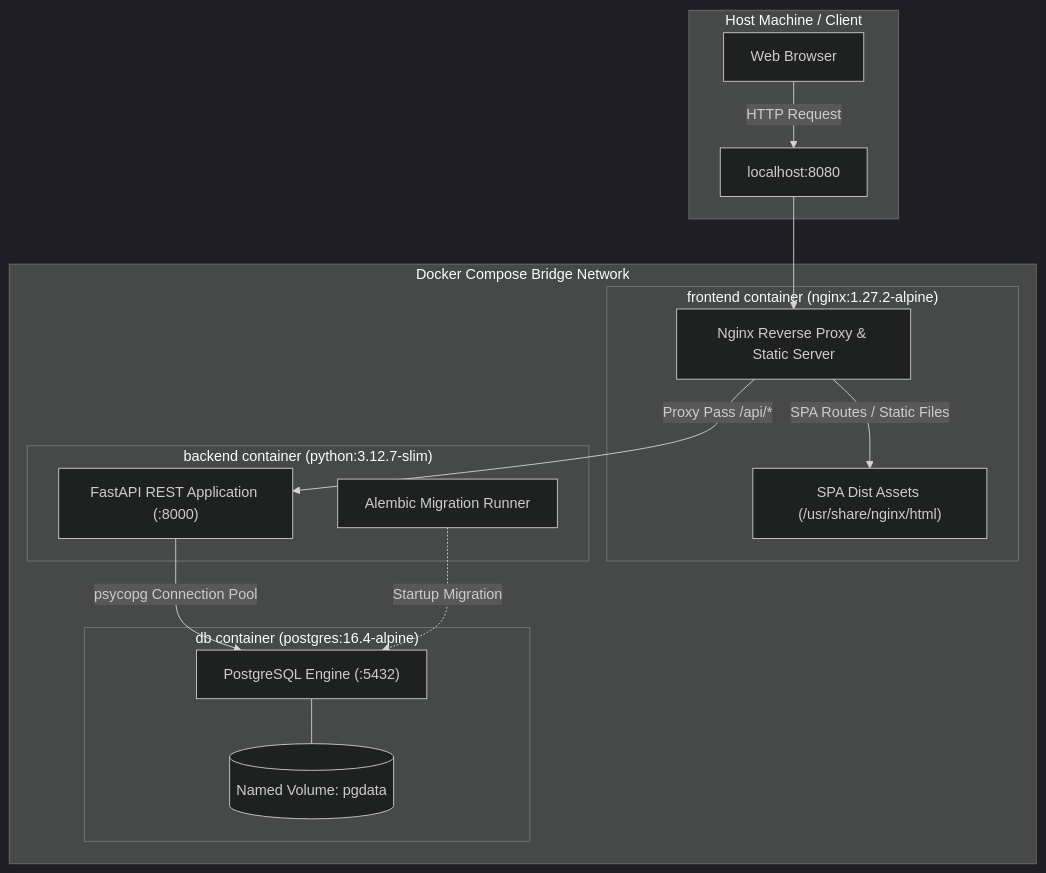
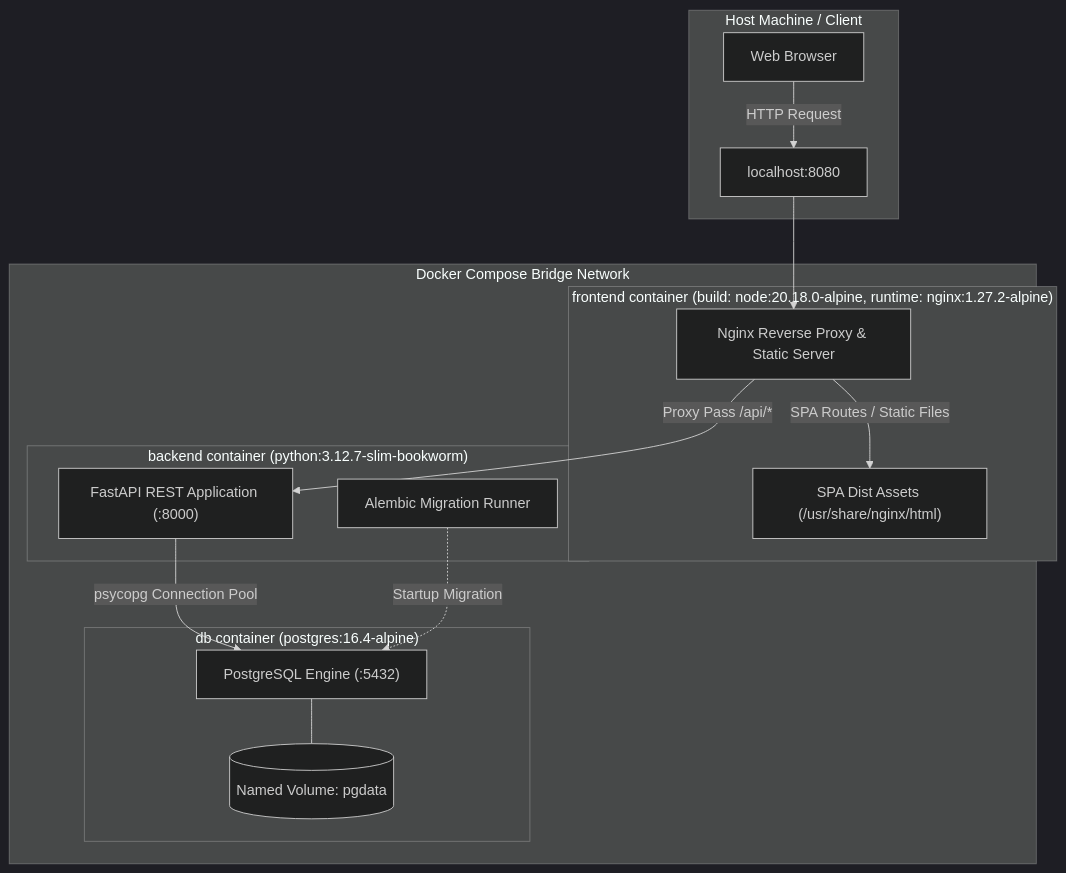
Before and after one commit to adexo-77/university-internship-platform: the second of 2 diagrams in docs/architecture.md, drawn with Mermaid (dark theme). The commit also changed other lines of this file and 3 other files, not shown here.

Commit message:
docs: state pinned node:20.18.0-alpine version and verify clean quality gates

````diff
--- a/docs/architecture.md
+++ b/docs/architecture.md
@@ -305,32 +305,32 @@
 ```mermaid
 flowchart TD
     subgraph Host ["Host Machine / Client"]
         Client["Web Browser"]
         Port8080["localhost:8080"]
     end
 
     subgraph ComposeNetwork ["Docker Compose Bridge Network"]
-        subgraph FrontendContainer ["frontend container (nginx:1.27.2-alpine)"]
+        subgraph FrontendContainer ["frontend container (build: node:20.18.0-alpine, runtime: nginx:1.27.2-alpine)"]
             Nginx["Nginx Reverse Proxy & Static Server"]
             Static["SPA Dist Assets (/usr/share/nginx/html)"]
         end
 
-        subgraph BackendContainer ["backend container (python:3.12.7-slim)"]
+        subgraph BackendContainer ["backend container (python:3.12.7-slim-bookworm)"]
             FastAPI["FastAPI REST Application (:8000)"]
             Alembic["Alembic Migration Runner"]
         end
 
         subgraph DBContainer ["db container (postgres:16.4-alpine)"]
             PostgreSQL["PostgreSQL Engine (:5432)"]
             Volume[("Named Volume: pgdata")]
         end
     end
 
     Client -->|HTTP Request| Port8080
     Port8080 --> Nginx
     Nginx -->|SPA Routes / Static Files| Static
     Nginx -->|Proxy Pass /api/*| FastAPI
     FastAPI -->|psycopg Connection Pool| PostgreSQL
     Alembic -.->|Startup Migration| PostgreSQL
     PostgreSQL --- Volume
 ```
````
